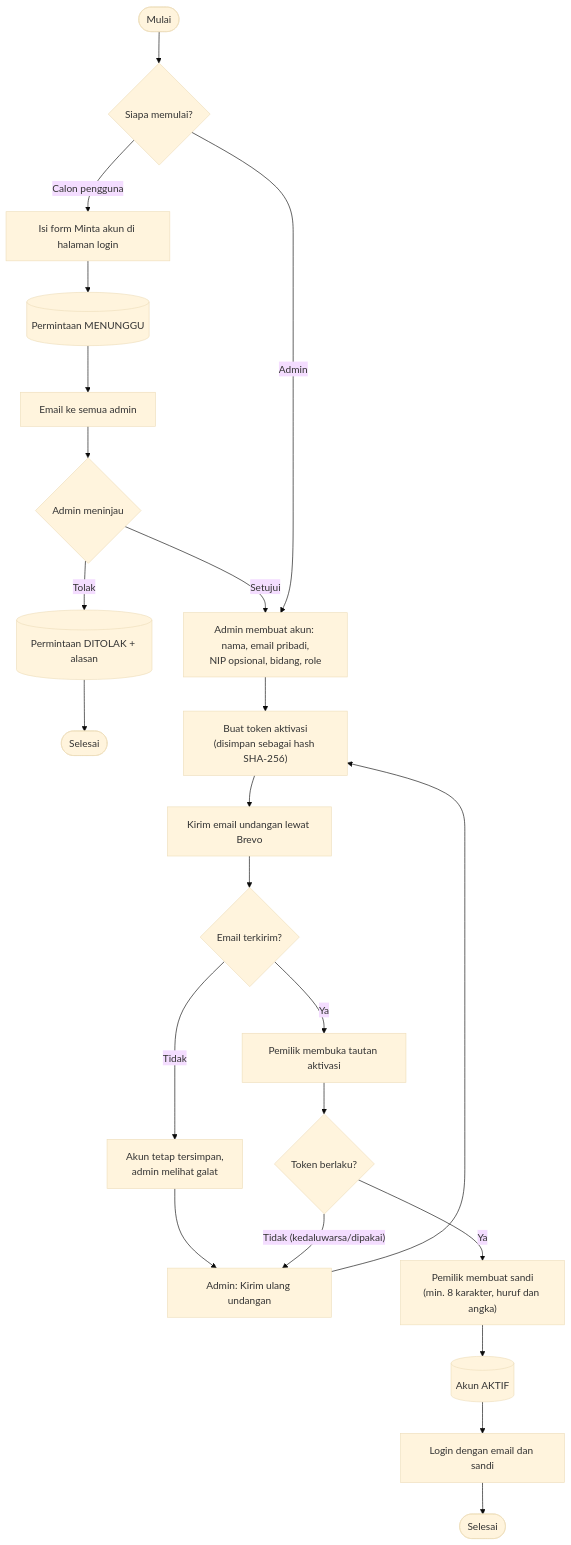
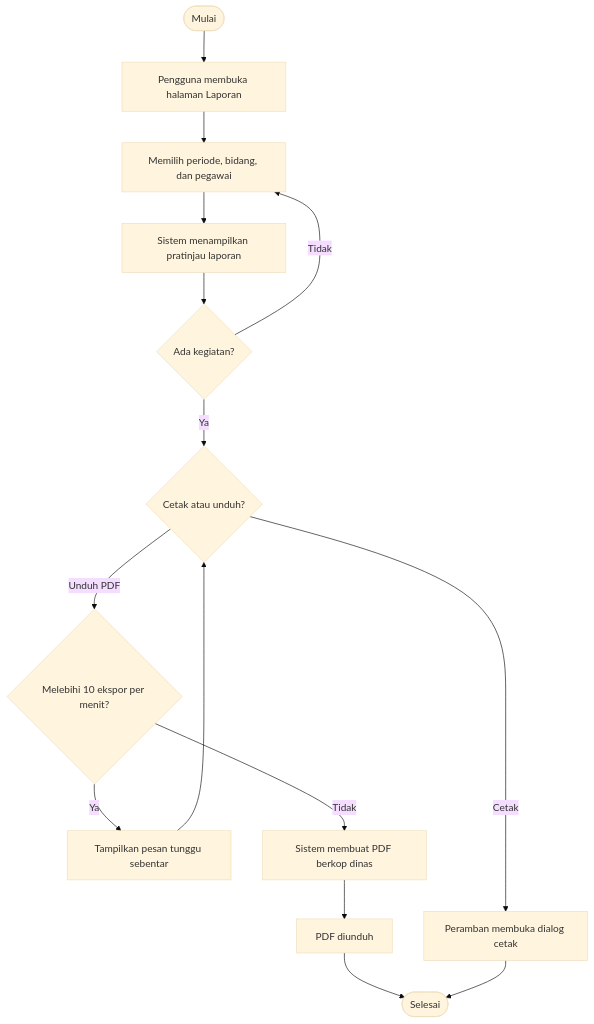
The fourth of 4 diagrams in docs/uml/02-activity.md (AhmadsTechDev/kegiatan-kominfo), drawn with Mermaid (base theme) before and after one commit. The commit also changed other lines of this file and 10 other files, not shown here.

Commit message:
docs: add PRD, user manual, and updated UML documentation

````diff
--- a/docs/uml/02-activity.md
+++ b/docs/uml/02-activity.md
@@ -39,21 +76,14 @@
 ```mermaid
 flowchart TD
-    mulai([Mulai]) --> jalur{Siapa memulai?}
-    jalur -- Calon pengguna --> minta[Isi form Minta akun di halaman login]
-    minta --> tersimpan[(Permintaan MENUNGGU)]
-    tersimpan --> notif[Email ke semua admin]
-    notif --> tinjau{Admin meninjau}
-    tinjau -- Tolak --> tolak[(Permintaan DITOLAK + alasan)] --> akhirTolak([Selesai])
-    tinjau -- Setujui --> buat
-    jalur -- Admin --> buat["Admin membuat akun: nama, email pribadi,<br/>NIP opsional, bidang, role"]
-    buat --> token["Buat token aktivasi<br/>(disimpan sebagai hash SHA-256)"]
-    token --> kirim[Kirim email undangan lewat Brevo]
-    kirim --> terkirim{Email terkirim?}
-    terkirim -- Tidak --> galat[Akun tetap tersimpan,<br/>admin melihat galat] --> ulang[Admin: Kirim ulang undangan] --> token
-    terkirim -- Ya --> klik[Pemilik membuka tautan aktivasi]
-    klik --> berlaku{Token berlaku?}
-    berlaku -- "Tidak (kedaluwarsa/dipakai)" --> ulang
-    berlaku -- Ya --> sandi["Pemilik membuat sandi<br/>(min. 8 karakter, huruf dan angka)"]
-    sandi --> aktif[(Akun AKTIF)]
-    aktif --> login[Login dengan email dan sandi] --> akhir([Selesai])
+    mulai([Mulai]) --> buka[Pengguna membuka halaman Laporan]
+    buka --> filter[Memilih periode, bidang, dan pegawai]
+    filter --> pratinjau[Sistem menampilkan pratinjau laporan]
+    pratinjau --> ada{Ada kegiatan?}
+    ada -- Tidak --> filter
+    ada -- Ya --> aksi{Cetak atau unduh?}
+    aksi -- Unduh PDF --> limit{Melebihi 10 ekspor per menit?}
+    limit -- Ya --> tunggu[Tampilkan pesan tunggu sebentar] --> aksi
+    limit -- Tidak --> buatPdf[Sistem membuat PDF berkop dinas]
+    buatPdf --> unduh[PDF diunduh] --> akhir([Selesai])
+    aksi -- Cetak --> dialog[Peramban membuka dialog cetak] --> akhir
 ```
````
